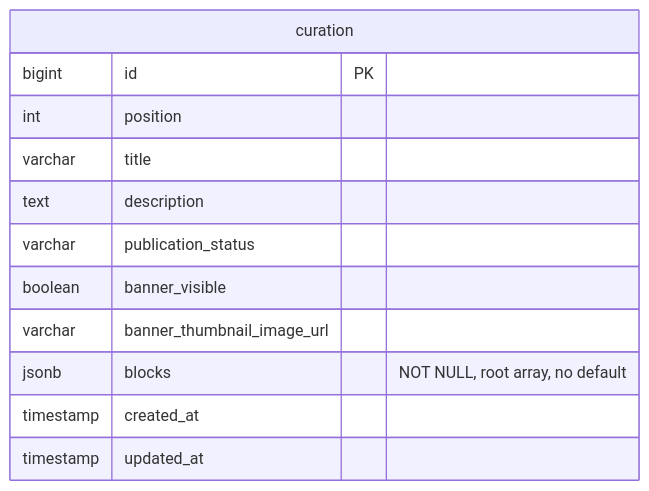
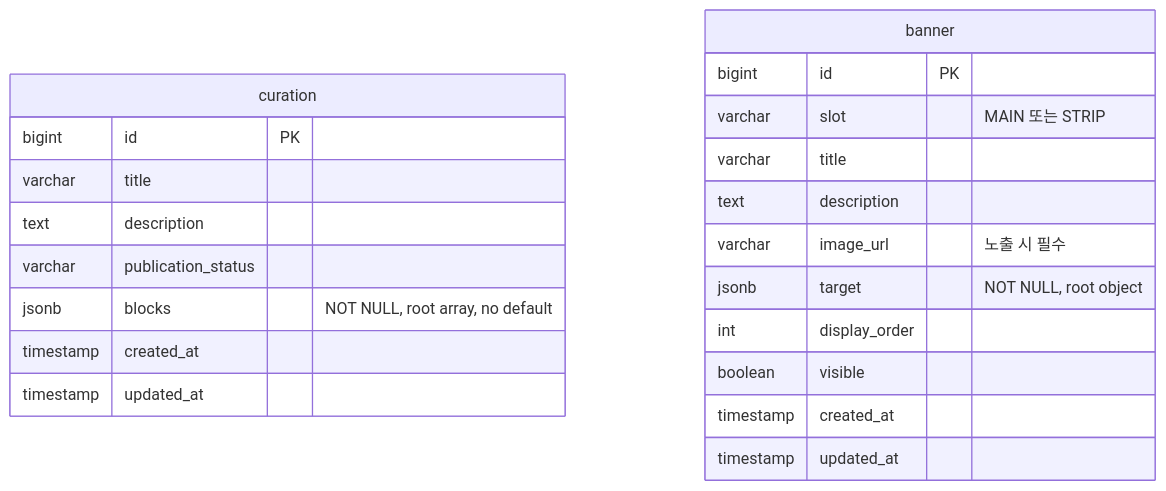
Before and after one commit to woowacourse-teams/2026-poudy: the diagram in server/docs/product/curation-storage.md, drawn with Mermaid. The commit also changed other lines of this file and 57 other files, not shown here.

````diff
--- a/server/docs/product/curation-storage.md
+++ b/server/docs/product/curation-storage.md
@@ -13,15 +13,24 @@
 ```mermaid
 erDiagram
     curation {
         bigint id PK
-        int position
         varchar title
         text description
         varchar publication_status
-        boolean banner_visible
-        varchar banner_thumbnail_image_url
         jsonb blocks "NOT NULL, root array, no default"
         timestamp created_at
         timestamp updated_at
     }
+    banner {
+        bigint id PK
+        varchar slot "MAIN 또는 STRIP"
+        varchar title
+        text description
+        varchar image_url "노출 시 필수"
+        jsonb target "NOT NULL, root object"
+        int display_order
+        boolean visible
+        timestamp created_at
+        timestamp updated_at
+    }
 ```
````
